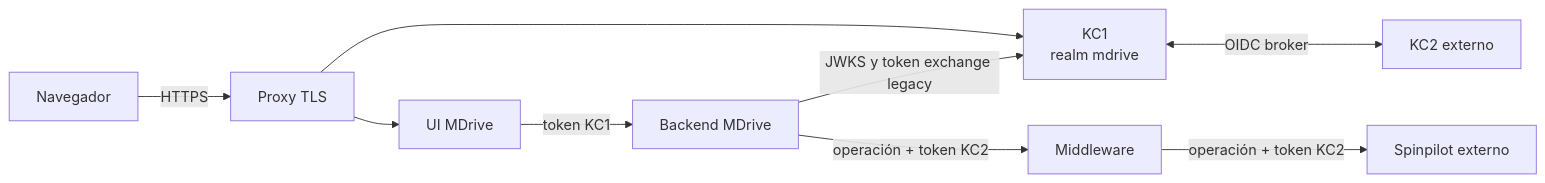
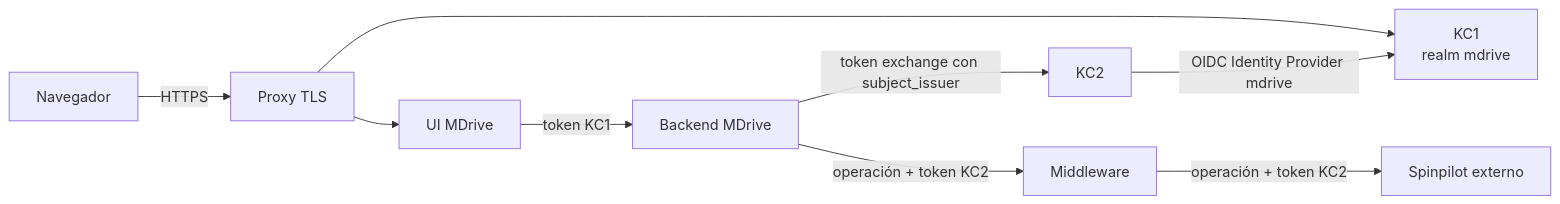
The diagram in ANALYSIS.md (FRialMestre/git-gitlab.mestrelab.local-f.rial_rodriguez-mdrive2-poc), drawn with Mermaid before and after one commit. The commit also changed other lines of this file and 9 other files, not shown here.

````diff
--- a/ANALYSIS.md
+++ b/ANALYSIS.md
@@ -5,11 +5,11 @@
 ```mermaid
 flowchart LR
     U[Navegador] -->|HTTPS| P[Proxy TLS]
     P --> UI[UI MDrive]
     P --> KC1[KC1\nrealm mdrive]
     UI -->|token KC1| B[Backend MDrive]
-    B -->|JWKS y token exchange legacy| KC1
-    KC1 <-->|OIDC broker| KC2[KC2 externo]
+    B -->|token exchange con subject_issuer| KC2
+    KC2 -->|OIDC Identity Provider mdrive| KC1
     B -->|operación + token KC2| M[Middleware]
     M -->|operación + token KC2| S[Spinpilot externo]
 ```
````
